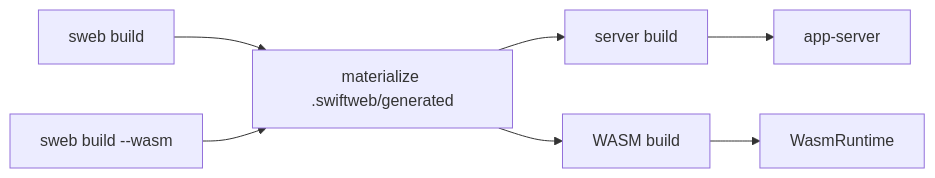
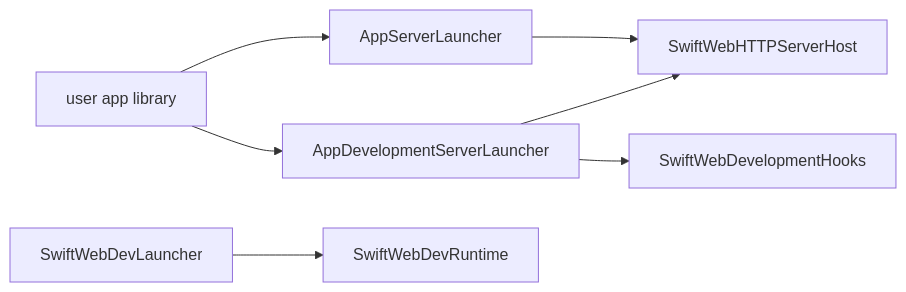
The second of 3 diagrams in Sources/SwiftWebCLI/README.md (1amageek/swift-web), drawn with Mermaid before and after one commit. The commit also changed other lines of this file and 30 other files, not shown here.

Commit message:
Update documentation for SwiftWeb 0.7

````diff
--- a/Sources/SwiftWebCLI/README.md
+++ b/Sources/SwiftWebCLI/README.md
@@ -218,9 +71,9 @@
 ```mermaid
 flowchart LR
-  A["sweb build"] --> B["materialize .swiftweb/generated"]
-  B --> C["server build"]
-  A2["sweb build --wasm"] --> B
-  B --> D["WASM build"]
-  C --> E["app-server"]
-  D --> F["<AppName>WasmRuntime"]
+  User["user app library"] --> Server["AppServerLauncher"]
+  User --> Worker["AppDevelopmentServerLauncher"]
+  Server --> Host["SwiftWebHTTPServerHost"]
+  Worker --> Host
+  Worker --> Hooks["SwiftWebDevelopmentHooks"]
+  Dev["SwiftWebDevLauncher"] --> Runtime["SwiftWebDevRuntime"]
 ```
````
